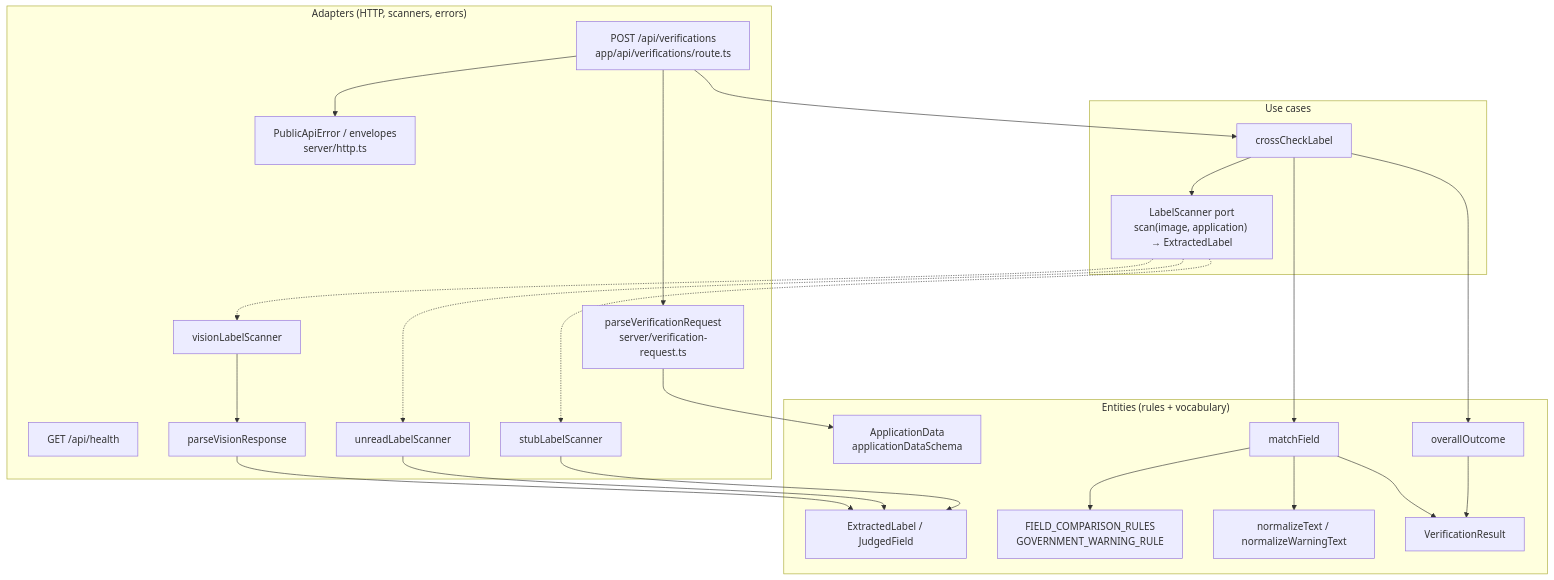
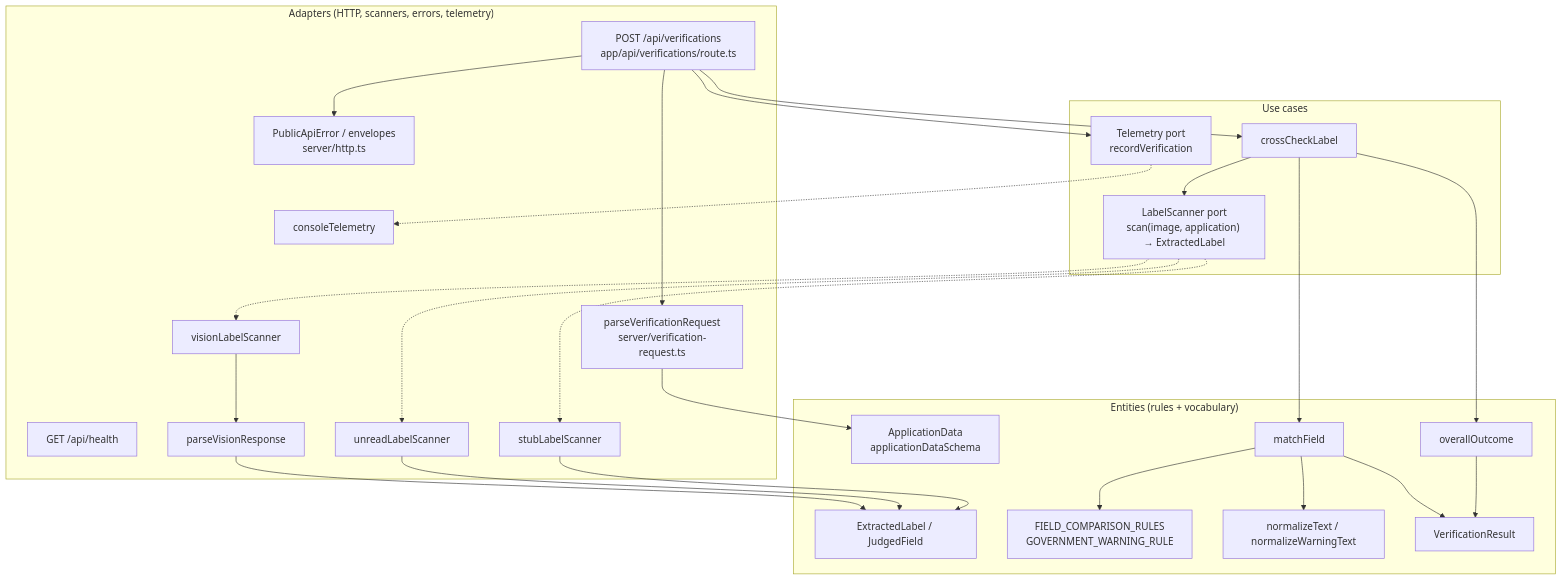
The first of 4 diagrams in architecture.md (Jransom33/TTB_label_verifier), drawn with Mermaid before and after one commit. The commit also changed other lines of this file and 8 other files, not shown here.

````diff
--- a/architecture.md
+++ b/architecture.md
@@ -7,47 +7,51 @@
 ```mermaid
 flowchart TB
-  subgraph adapters ["Adapters (HTTP, scanners, errors)"]
+  subgraph adapters ["Adapters (HTTP, scanners, errors, telemetry)"]
     Route["POST /api/verifications<br/>app/api/verifications/route.ts"]
     Health["GET /api/health"]
     Parse["parseVerificationRequest<br/>server/verification-request.ts"]
     Http["PublicApiError / envelopes<br/>server/http.ts"]
     Unread["unreadLabelScanner"]
     Stub["stubLabelScanner"]
     Vision["visionLabelScanner"]
     VisionParse["parseVisionResponse"]
+    Console["consoleTelemetry"]
   end
 
   subgraph usecases ["Use cases"]
     CrossCheck["crossCheckLabel"]
     Port["LabelScanner port<br/>scan(image, application) → ExtractedLabel"]
+    TelemetryPort["Telemetry port<br/>recordVerification"]
   end
 
   subgraph domain ["Entities (rules + vocabulary)"]
     App["ApplicationData<br/>applicationDataSchema"]
     Extracted["ExtractedLabel / JudgedField"]
     Rules["FIELD_COMPARISON_RULES<br/>GOVERNMENT_WARNING_RULE"]
     Match["matchField"]
     Norm["normalizeText / normalizeWarningText"]
     Outcome["overallOutcome"]
     Result["VerificationResult"]
   end
 
   Route --> Parse
   Route --> CrossCheck
   Route --> Http
+  Route --> TelemetryPort
   Parse --> App
   CrossCheck --> Port
   CrossCheck --> Match
   CrossCheck --> Outcome
   Port -.-> Unread
   Port -.-> Stub
   Port -.-> Vision
+  TelemetryPort -.-> Console
   Vision --> VisionParse
   VisionParse --> Extracted
   Unread --> Extracted
   Stub --> Extracted
   Match --> Rules
   Match --> Norm
   Match --> Result
   Outcome --> Result
 ```
````
